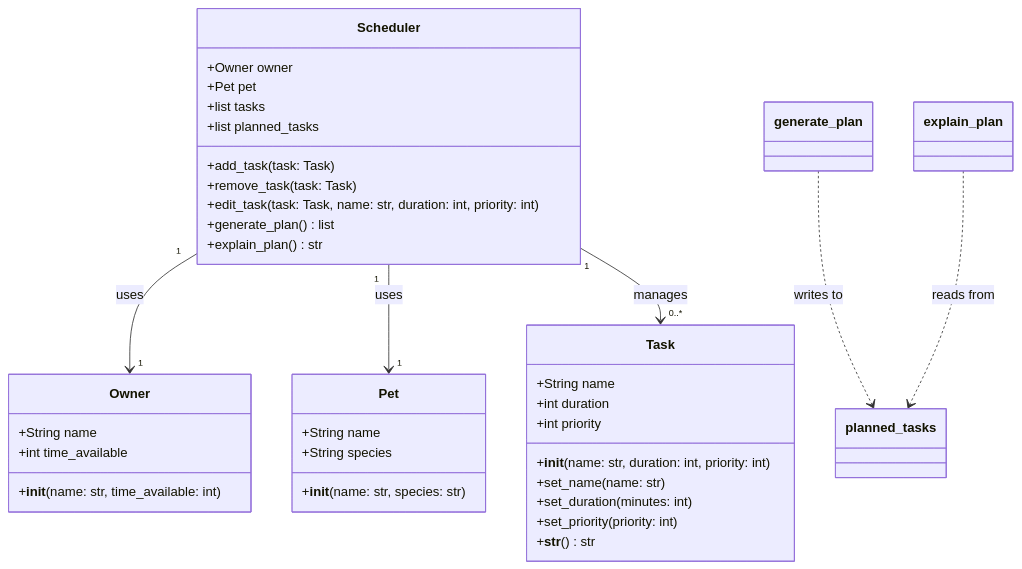
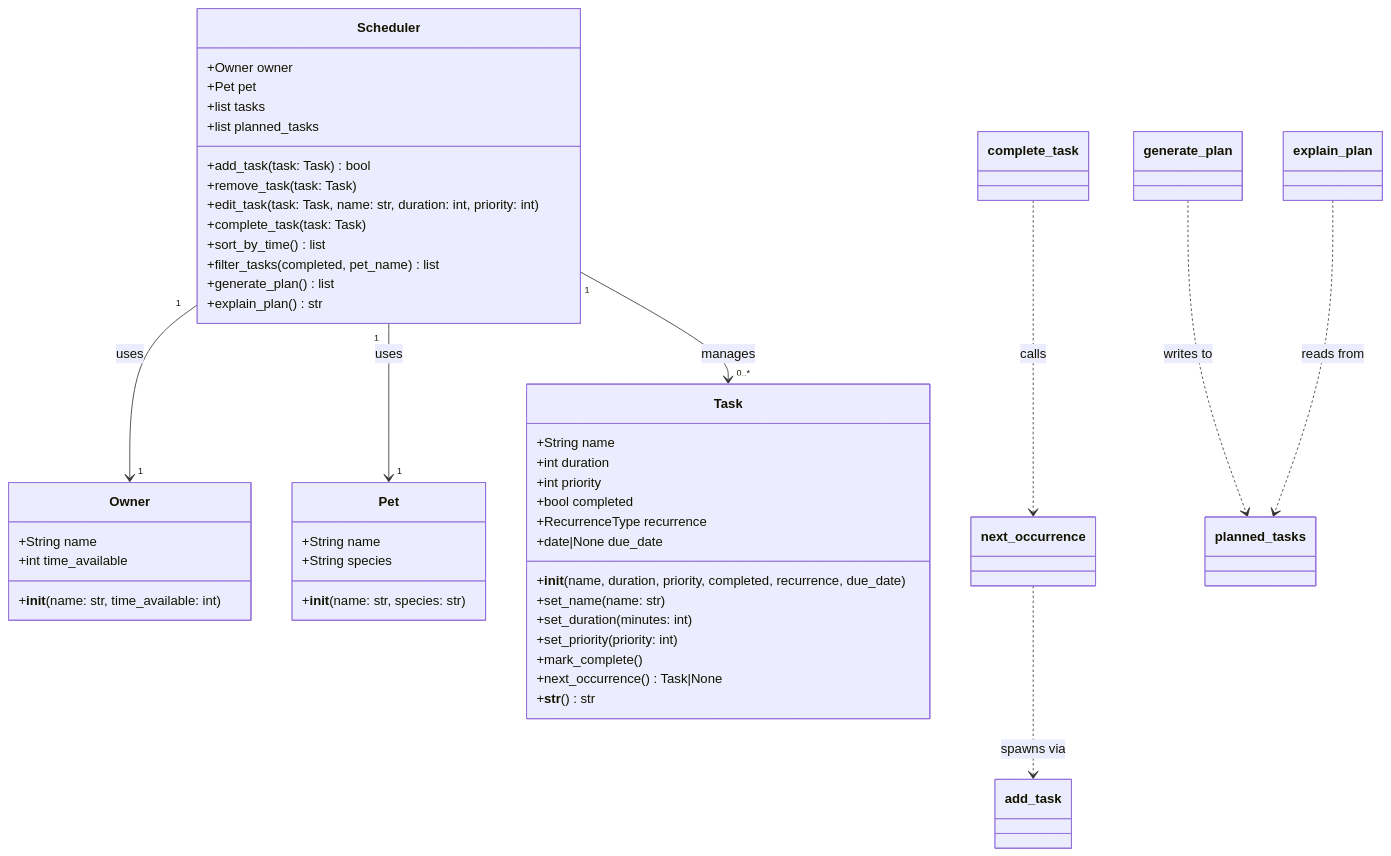
The diagram in current_design.md (gbw30/ai110-module2show-pawpal-starter), drawn with Mermaid before and after one commit. The commit also changed other lines of this file and 7 other files, not shown here.

````diff
--- a/current_design.md
+++ b/current_design.md
@@ -5,43 +5,53 @@
 ```mermaid
 classDiagram
     class Owner {
         +String name
         +int time_available
         +__init__(name: str, time_available: int)
     }
 
     class Pet {
         +String name
         +String species
         +__init__(name: str, species: str)
     }
 
     class Task {
         +String name
         +int duration
         +int priority
-        +__init__(name: str, duration: int, priority: int)
+        +bool completed
+        +RecurrenceType recurrence
+        +date|None due_date
+        +__init__(name, duration, priority, completed, recurrence, due_date)
         +set_name(name: str)
         +set_duration(minutes: int)
         +set_priority(priority: int)
+        +mark_complete()
+        +next_occurrence() Task|None
         +__str__() str
     }
 
     class Scheduler {
         +Owner owner
         +Pet pet
         +list tasks
         +list planned_tasks
-        +add_task(task: Task)
+        +add_task(task: Task) bool
         +remove_task(task: Task)
         +edit_task(task: Task, name: str, duration: int, priority: int)
+        +complete_task(task: Task)
+        +sort_by_time() list
+        +filter_tasks(completed, pet_name) list
         +generate_plan() list
         +explain_plan() str
     }
 
     Scheduler "1" --> "1" Owner : uses
     Scheduler "1" --> "1" Pet : uses
     Scheduler "1" --> "0..*" Task : manages
+    complete_task ..> next_occurrence : calls
+    next_occurrence ..> add_task : spawns via
     generate_plan ..> planned_tasks : writes to
     explain_plan ..> planned_tasks : reads from
 ```
````
